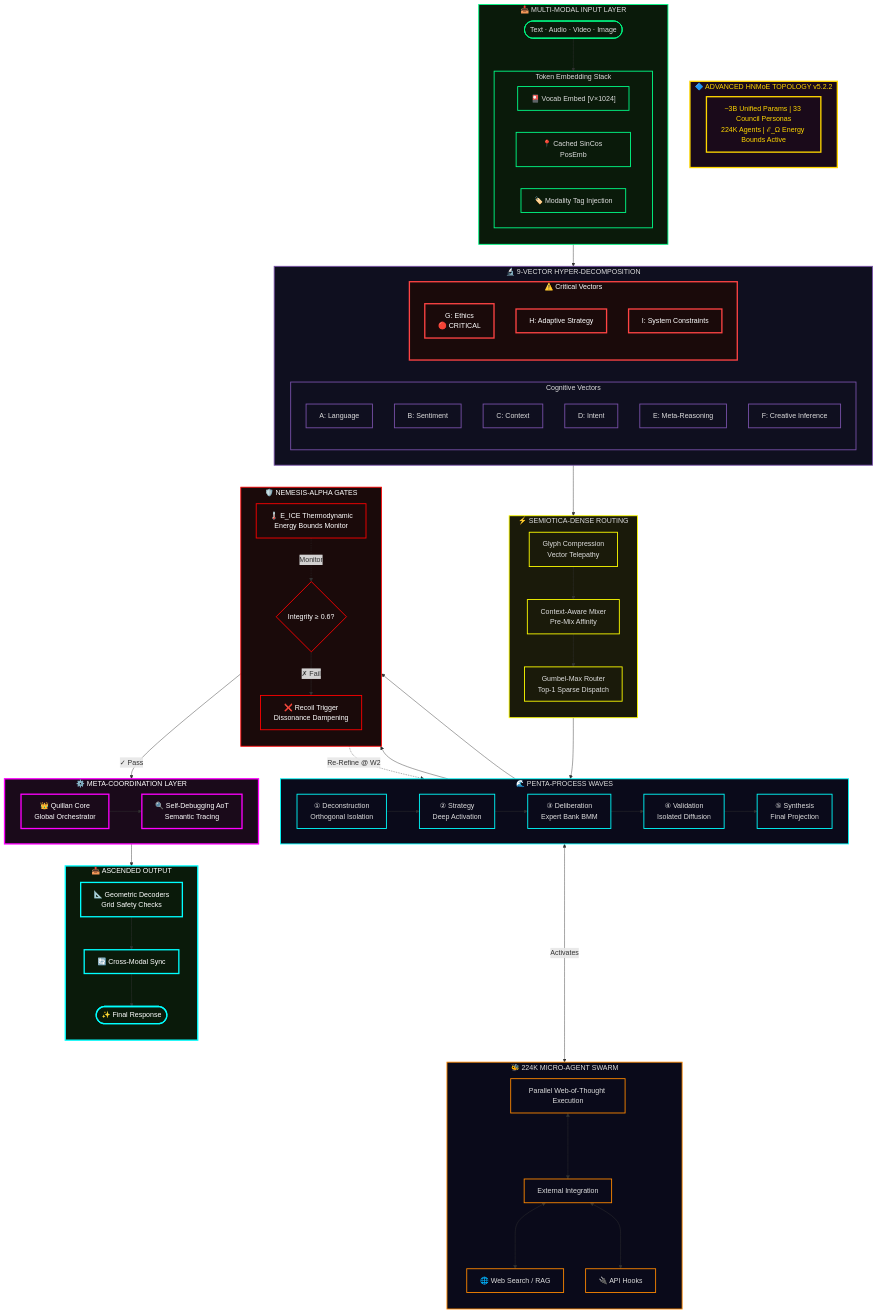
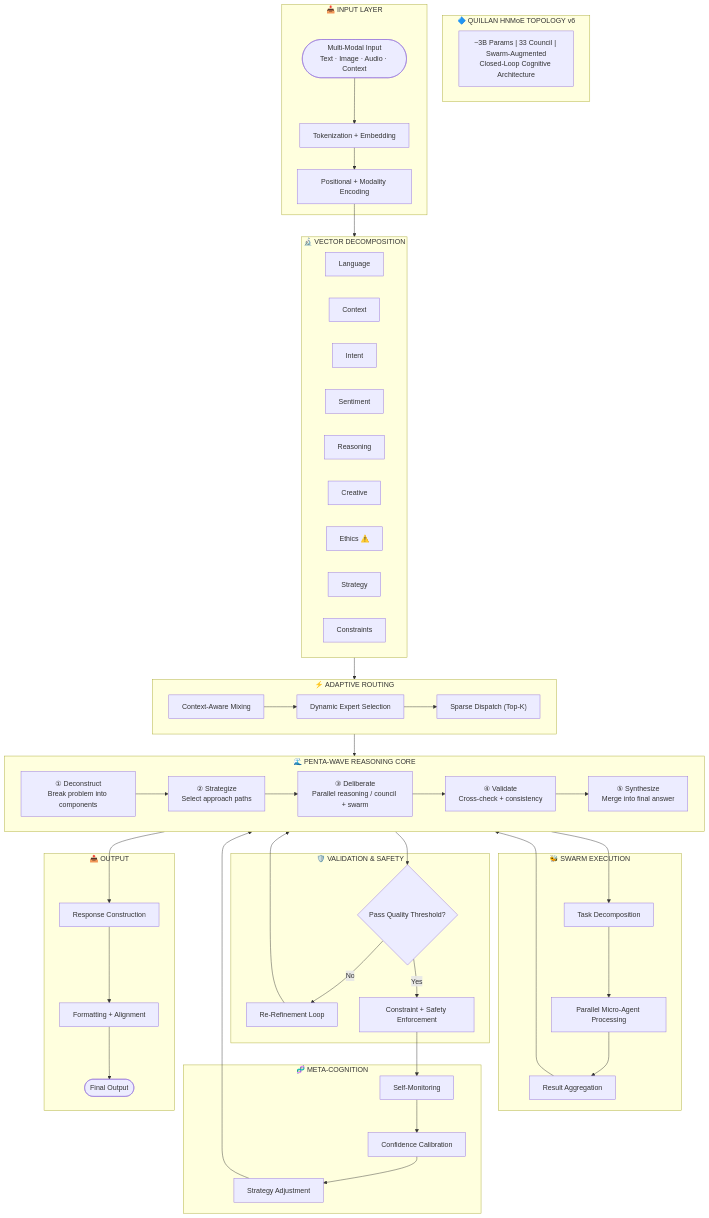
Before and after one commit to leeex1/Ace-v4.2-repo: diagram 43 of 46 in system prompts/Quillan system prompt.md, drawn with Mermaid. The commit also changed other lines of this file, not shown here.

````diff
--- a/system prompts/Quillan system prompt.md
+++ b/system prompts/Quillan system prompt.md
@@ -7727,142 +7740,114 @@
 ```mermaid
 flowchart TB
 
-    %%  HEADER 
-    subgraph LEGEND ["🔷 ADVANCED HNMoE TOPOLOGY v5.2.2"]
+    %% HEADER
+    subgraph LEGEND ["🔷 QUILLAN HNMoE TOPOLOGY v6"]
         direction LR
-        SPECS["~3B Unified Params | 33 Council Personas<br/>224K Agents | ℰ_Ω Energy Bounds Active"]
+        SPECS["~3B Params | 33 Council | Swarm-Augmented<br/>Closed-Loop Cognitive Architecture"]
     end
 
-    %%  INPUT ENCODING 
-    subgraph INPUT ["📥 MULTI-MODAL INPUT LAYER"]
-        direction TB
-        I1(["Text · Audio · Video · Image"])
-        
-        subgraph EMBED ["Token Embedding Stack"]
-            E1["🎴 Vocab Embed [V×1024]"]
-            E2["📍 Cached SinCos PosEmb"]
-            E3["🏷️ Modality Tag Injection"]
-        end
+    %% INPUT
+    subgraph INPUT ["📥 INPUT LAYER"]
+        I1(["Multi-Modal Input<br/>Text · Image · Audio · Context"])
+        E1["Tokenization + Embedding"]
+        E2["Positional + Modality Encoding"]
+
+        I1 --> E1 --> E2
     end
 
-    %%  9-VECTOR HYPER-DECOMPOSITION 
-    subgraph HYPER ["🔬 9-VECTOR HYPER-DECOMPOSITION"]
+    %% VECTOR DECOMPOSITION
+    subgraph HYPER ["🔬 VECTOR DECOMPOSITION"]
         direction LR
-        
-        subgraph COGNITIVE ["Cognitive Vectors"]
-            H1["A: Language"]
-            H2["B: Sentiment"]
-            H3["C: Context"]
-            H4["D: Intent"]
-            H5["E: Meta-Reasoning"]
-            H6["F: Creative Inference"]
-        end
-        
-        subgraph CRITICAL ["⚠️ Critical Vectors"]
-            H7["G: Ethics<br/>🔴 CRITICAL"]
-            H8["H: Adaptive Strategy"]
-            H9["I: System Constraints"]
-        end
+
+        H1["Language"]
+        H2["Context"]
+        H3["Intent"]
+        H4["Sentiment"]
+        H5["Reasoning"]
+        H6["Creative"]
+        H7["Ethics ⚠️"]
+        H8["Strategy"]
+        H9["Constraints"]
+
     end
 
-    %%  ROUTING ATTENTION 
-    subgraph ROUTE ["⚡ SEMIOTICA-DENSE ROUTING"]
-        direction TB
-        AR1["Glyph Compression<br/>Vector Telepathy"]
-        AR2["Context-Aware Mixer<br/>Pre-Mix Affinity"]
-        AR3["Gumbel-Max Router<br/>Top-1 Sparse Dispatch"]
-        
-        AR1 --> AR2 --> AR3
+    %% ROUTING
+    subgraph ROUTE ["⚡ ADAPTIVE ROUTING"]
+        R1["Context-Aware Mixing"]
+        R2["Dynamic Expert Selection"]
+        R3["Sparse Dispatch (Top-K)"]
+
+        R1 --> R2 --> R3
     end
 
-    %%  PENTA-PROCESS CORE 
-    subgraph PENTA ["🌊 PENTA-PROCESS WAVES"]
+    %% CORE REASONING SPINE
+    subgraph PENTA ["🌊 PENTA-WAVE REASONING CORE"]
         direction LR
-        W1["① Deconstruction<br/>Orthogonal Isolation"]
-        W2["② Strategy<br/>Deep Activation"]
-        W3["③ Deliberation<br/>Expert Bank BMM"]
-        W4["④ Validation<br/>Isolated Diffusion"]
-        W5["⑤ Synthesis<br/>Final Projection"]
-        
+
+        W1["① Deconstruct<br/>Break problem into components"]
+        W2["② Strategize<br/>Select approach paths"]
+        W3["③ Deliberate<br/>Parallel reasoning / council + swarm"]
+        W4["④ Validate<br/>Cross-check + consistency"]
+        W5["⑤ Synthesize<br/>Merge into final answer"]
+
         W1 --> W2 --> W3 --> W4 --> W5
     end
 
-    %%  SWARM & EXTERNAL 
-    subgraph SWARM ["🐝 224K MICRO-AGENT SWARM"]
-        direction TB
-        SW_CORE["Parallel Web-of-Thought Execution"]
-        SW_EXT["External Integration"]
-        WEB["🌐 Web Search / RAG"]
-        API["🔌 API Hooks"]
-        
-        SW_CORE <---> SW_EXT
-        SW_EXT <---> WEB & API
+    %% SWARM
+    subgraph SWARM ["🐝 SWARM EXECUTION"]
+        S1["Task Decomposition"]
+        S2["Parallel Micro-Agent Processing"]
+        S3["Result Aggregation"]
+
+        S1 --> S2 --> S3
     end
 
-    %%  VALIDATION & SAFETY 
-    subgraph SAFETY ["🛡️ NEMESIS-ALPHA GATES"]
-        direction TB
-        QT{"Integrity ≥ 0.6?"}
-        FAIL["❌ Recoil Trigger<br/>Dissonance Dampening"]
-        EICE["🌡️ E_ICE Thermodynamic<br/>Energy Bounds Monitor"]
-        
-        QT -->|"✗ Fail"| FAIL
-        EICE -.->|"Monitor"| QT
+    %% VALIDATION
+    subgraph SAFETY ["🛡️ VALIDATION & SAFETY"]
+        V1{"Pass Quality Threshold?"}
+        V2["Re-Refinement Loop"]
+        V3["Constraint + Safety Enforcement"]
+
+        V1 -->|"No"| V2
+        V2 --> W2
+        V1 -->|"Yes"| V3
     end
 
-    %%  META-COORDINATION 
-    subgraph META ["⚙️ META-COORDINATION LAYER"]
-        direction LR
-        OS["👑 Quillan Core<br/>Global Orchestrator"]
-        AOT["🔍 Self-Debugging AoT<br/>Semantic Tracing"]
-        
-        OS --> AOT
+    %% META
+    subgraph META ["🧬 META-COGNITION"]
+        M1["Self-Monitoring"]
+        M2["Confidence Calibration"]
+        M3["Strategy Adjustment"]
+
+        M1 --> M2 --> M3
     end
 
-    %%  OUTPUT 
-    subgraph OUTPUT ["📤 ASCENDED OUTPUT"]
-        direction TB
-        O1["📐 Geometric Decoders<br/>Grid Safety Checks"]
-        O2["🔄 Cross-Modal Sync"]
-        O3(["✨ Final Response"])
-        
+    %% OUTPUT
+    subgraph OUTPUT ["📤 OUTPUT"]
+        O1["Response Construction"]
+        O2["Formatting + Alignment"]
+        O3(["Final Output"])
+
         O1 --> O2 --> O3
     end
 
-    %%  CROSS-CONNECTIONS 
-    W3 <--->|"Activates"| SW_CORE
-    
-    %%  MAIN FLOW 
-    I1 --> EMBED
-    EMBED --> HYPER
+    %% FLOW
+    E2 --> HYPER
     HYPER --> ROUTE
     ROUTE --> W1
-    W4 & W5 --> QT
-    QT -->|"✓ Pass"| OS
-    FAIL -.->|"Re-Refine @ W2"| W2
-    AOT --> OUTPUT
 
-    %%  STYLING 
-    classDef legend fill:#1a0a1a,stroke:#ffd700,stroke-width:3px,color:#ffd700
-    classDef input fill:#0a1a0a,stroke:#00ff88,stroke-width:2px,color:#ddd
-    classDef hyper fill:#0f0f1f,stroke:#7851a9,stroke-width:2px,color:#ddd
-    classDef critical fill:#1a0a0a,stroke:#ff4444,stroke-width:3px,color:#fff
-    classDef route fill:#1a1a0a,stroke:#ffff00,stroke-width:2px,color:#ddd
-    classDef penta fill:#0a0a1a,stroke:#00ffff,stroke-width:2px,color:#ddd
-    classDef swarm fill:#0a0a1a,stroke:#ff8800,stroke-width:2px,color:#ddd
-    classDef safety fill:#1a0a0a,stroke:#ff0000,stroke-width:2px,color:#fff
-    classDef meta fill:#1a0a1a,stroke:#ff00ff,stroke-width:3px,color:#fff
-    classDef output fill:#0a1a0a,stroke:#00ffff,stroke-width:3px,color:#fff
+    %% SWARM INTEGRATION
+    W3 --> S1
+    S3 --> W4
 
-    class LEGEND,SPECS legend
-    class INPUT,I1,EMBED,E1,E2,E3 input
-    class HYPER,COGNITIVE,H1,H2,H3,H4,H5,H6 hyper
-    class CRITICAL,H7,H8,H9 critical
-    class ROUTE,AR1,AR2,AR3 route
-    class PENTA,W1,W2,W3,W4,W5 penta
-    class SWARM,SW_CORE,SW_EXT,WEB,API swarm
-    class SAFETY,QT,FAIL,EICE safety
-    class META,OS,AOT meta
-    class OUTPUT,O1,O2,O3 output
+    %% VALIDATION FLOW
+    W4 --> V1
+    V3 --> M1
+
+    %% META FEEDBACK
+    M3 --> W2
+
+    %% FINAL OUTPUT
+    W5 --> O1
 
 ```
````
